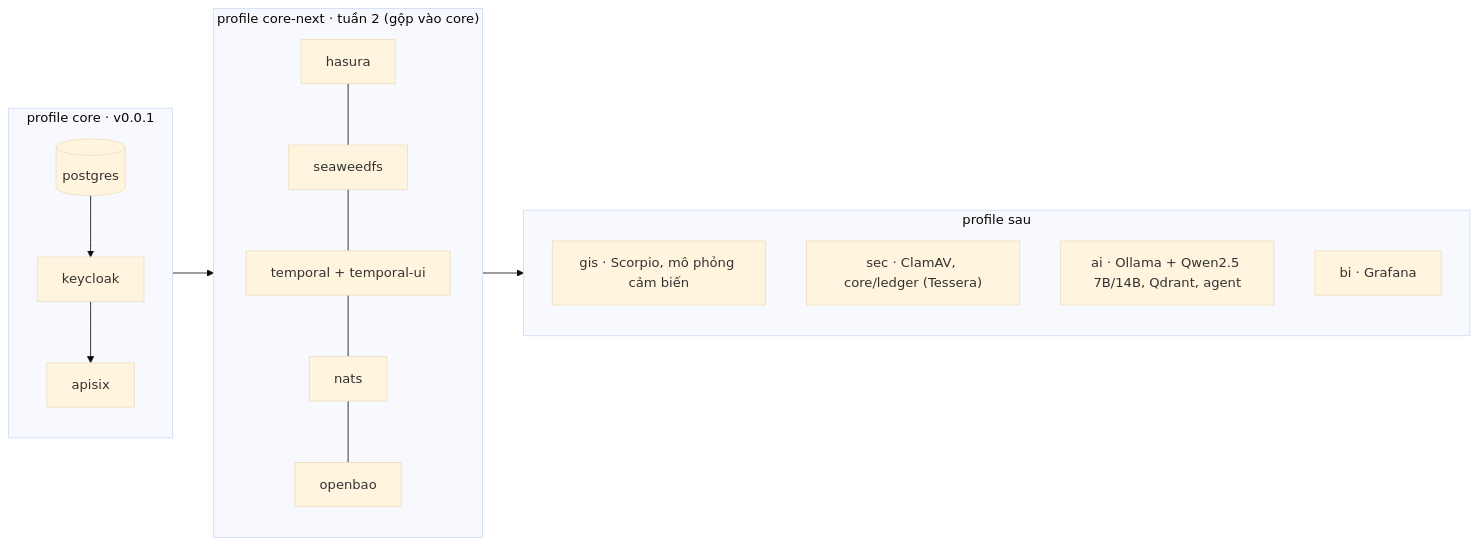
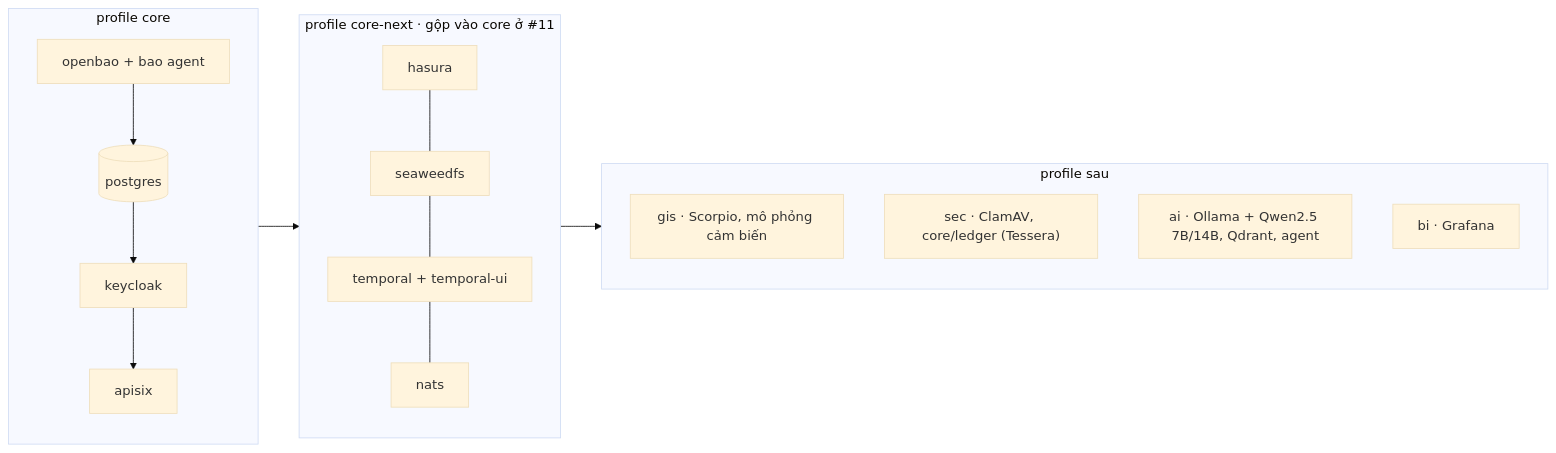
The third of 7 diagrams in docs/architecture.md (disaster-dxos/disaster-dxos), drawn with Mermaid (base theme) before and after one commit. The commit also changed other lines of this file and 22 other files, not shown here.

First line of the commit message:
feat(openbao): chạy OpenBao chế độ server, dịch vụ lõi lấy bí mật qua bao agent (#14)

````diff
--- a/docs/architecture.md
+++ b/docs/architecture.md
@@ -165,16 +167,16 @@
 ```mermaid
 flowchart LR
-  subgraph core["profile core · v0.0.1"]
-    pg[(postgres)] --> kc[keycloak] --> gw[apisix]
+  subgraph core["profile core"]
+    bao[openbao + bao agent] --> pg[(postgres)] --> kc[keycloak] --> gw[apisix]
   end
-  subgraph next["profile core-next · tuần 2 (gộp vào core)"]
-    hs[hasura] --- sw[seaweedfs] --- tp[temporal + temporal-ui] --- nt[nats] --- bao[openbao]
+  subgraph next["profile core-next · gộp vào core ở #11"]
+    hs[hasura] --- sw[seaweedfs] --- tp[temporal + temporal-ui] --- nt[nats]
   end
   subgraph later["profile sau"]
     gis["gis · Scorpio, mô phỏng cảm biến"]
     sec["sec · ClamAV, core/ledger (Tessera)"]
     ai["ai · Ollama + Qwen2.5 7B/14B, Qdrant, agent"]
     bi["bi · Grafana"]
   end
   core --> next --> later
 ```
````
